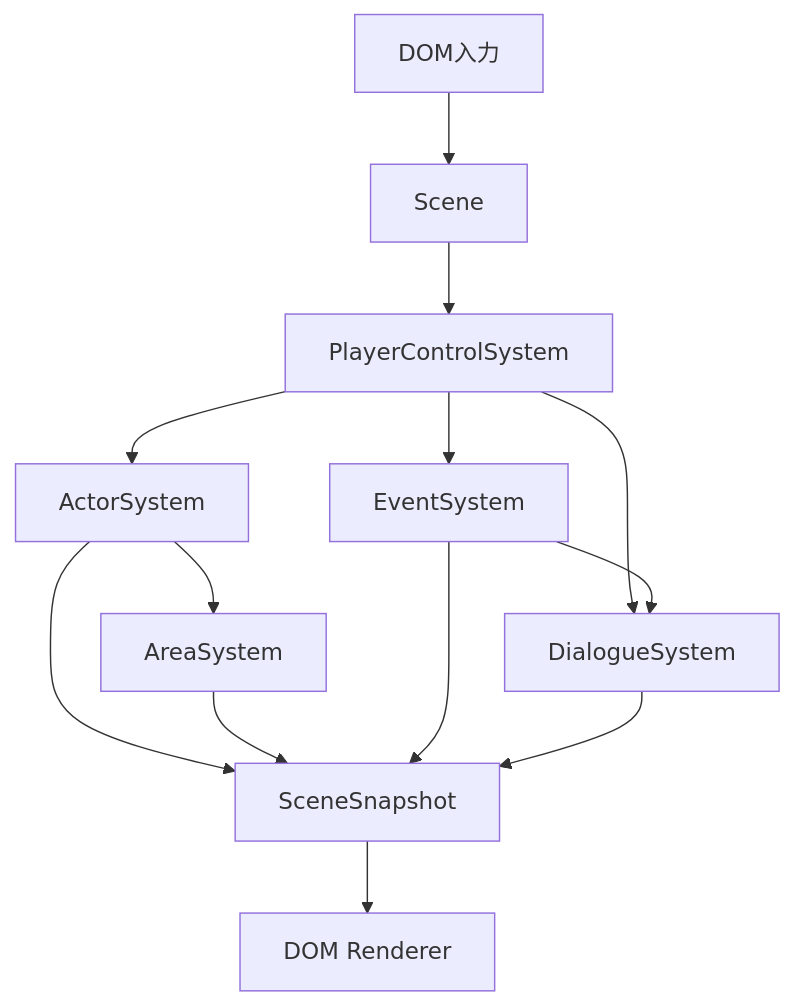
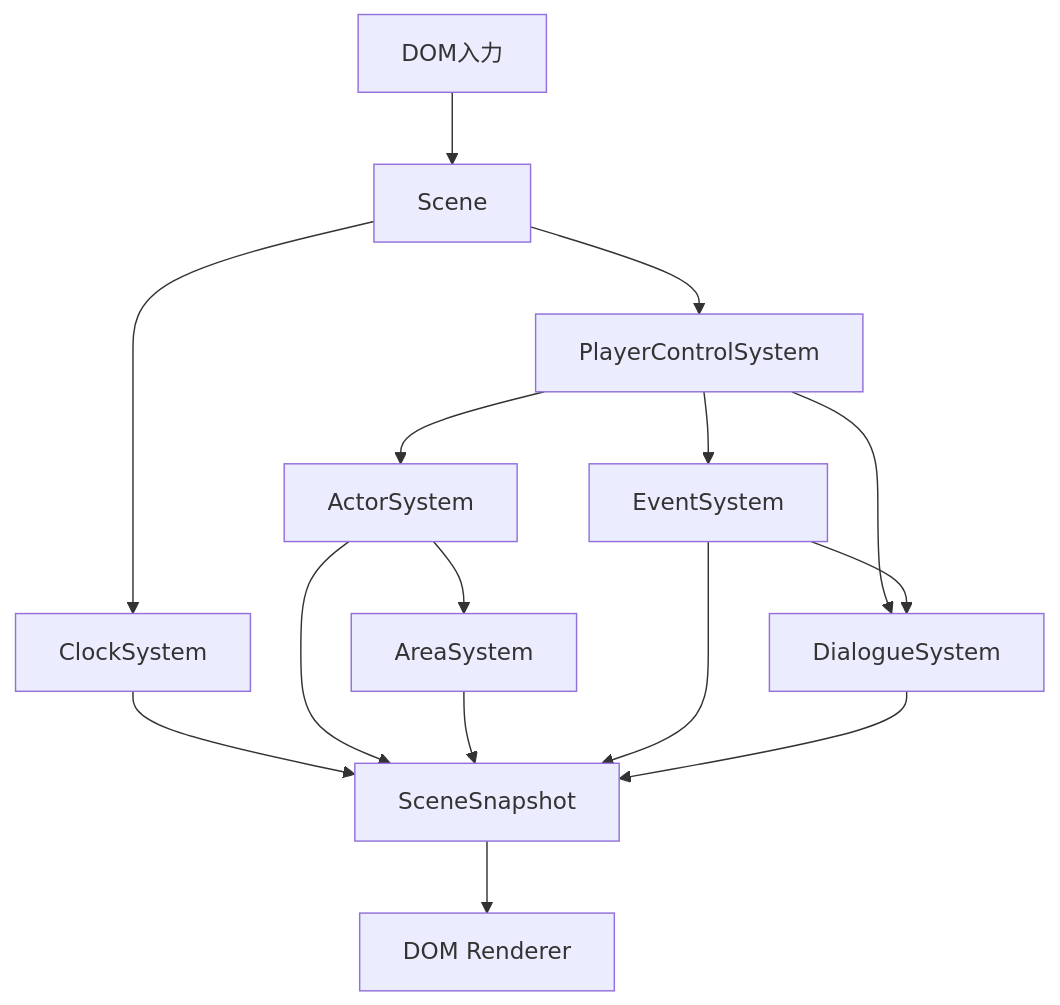
One commit to hachimitu22/negima-festival changed the diagram in docs/プロトタイプver3/基本設計/システム構成.md. Above: the diagram before and after it, drawn with Mermaid. The commit also changed other lines of this file and 15 other files, not shown here.

````diff
--- a/docs/プロトタイプver3/基本設計/システム構成.md
+++ b/docs/プロトタイプver3/基本設計/システム構成.md
@@ -40,15 +46,17 @@
 ```mermaid
 flowchart TD
   DOMInput["DOM入力"] --> Scene
   Scene --> PlayerControlSystem
   PlayerControlSystem --> ActorSystem
   PlayerControlSystem --> EventSystem
   PlayerControlSystem --> DialogueSystem
   ActorSystem --> AreaSystem
   EventSystem --> DialogueSystem
+  Scene --> ClockSystem
+  ClockSystem --> Snapshot
   ActorSystem --> Snapshot["SceneSnapshot"]
   AreaSystem --> Snapshot
   EventSystem --> Snapshot
   DialogueSystem --> Snapshot
   Snapshot --> DOMRenderer["DOM Renderer"]
 ```
````
